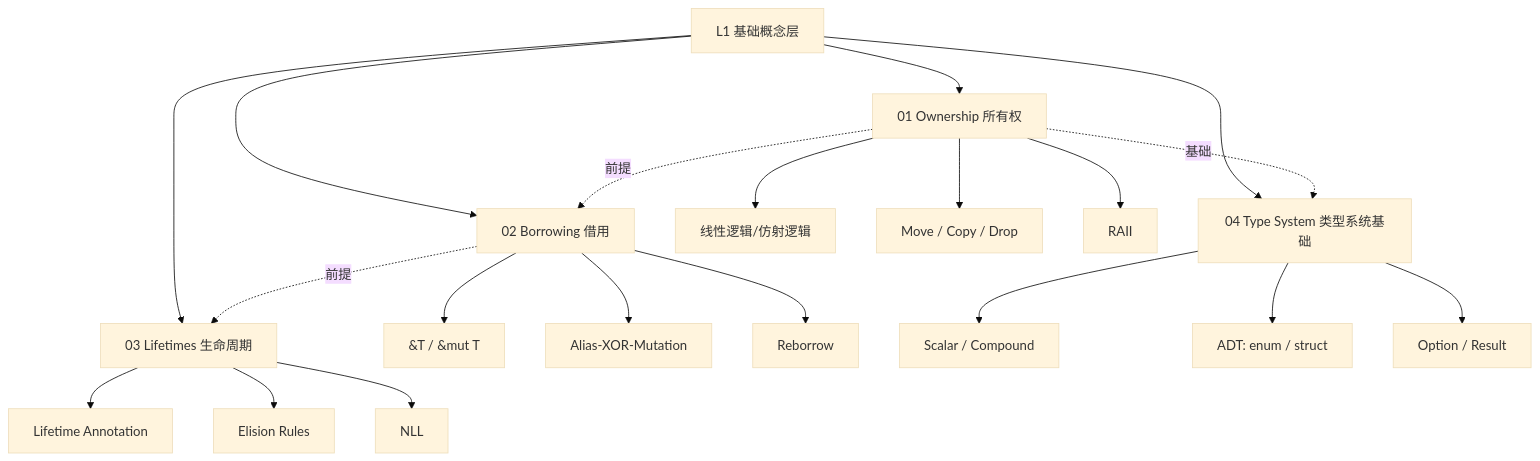
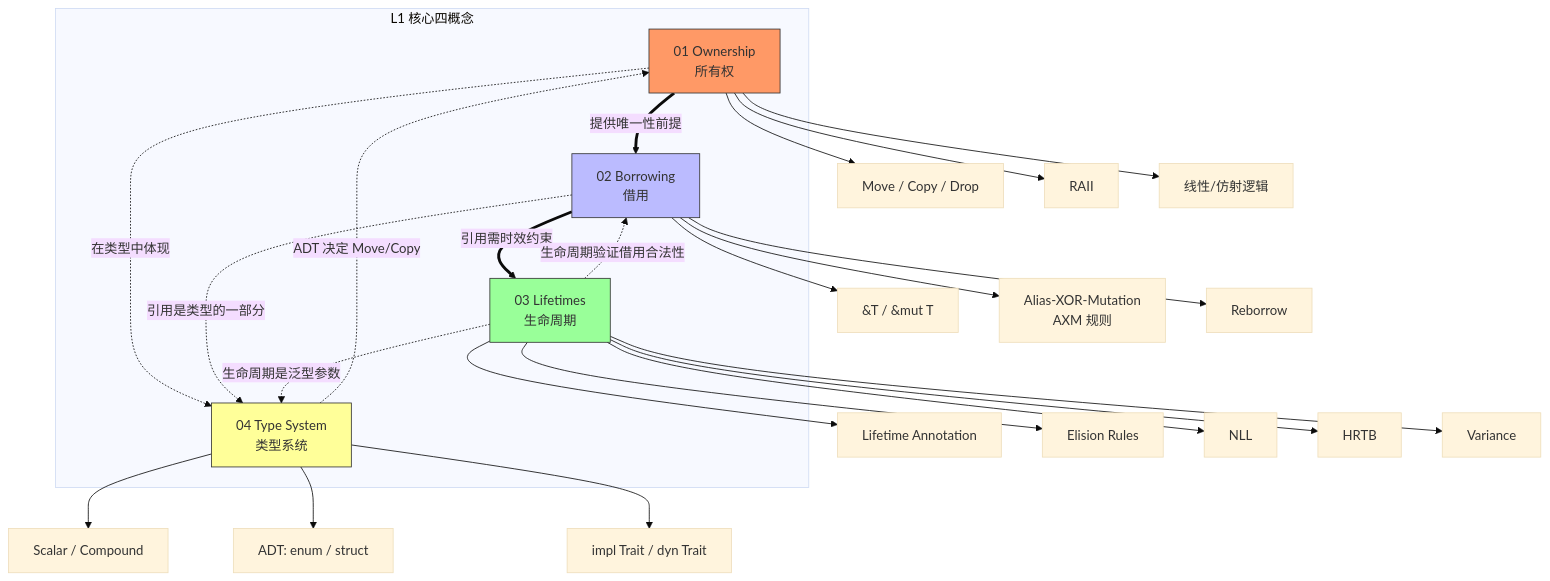
Before and after one commit to martin-ly/rust-lang: the diagram in concept/01_foundation/README.md, drawn with Mermaid (base theme). The commit also changed other lines of this file and 43 other files, not shown here.

````diff
--- a/concept/01_foundation/README.md
+++ b/concept/01_foundation/README.md
@@ -9,27 +11,44 @@
 ```mermaid
-graph TD
-    A[L1 基础概念层] --> B[01 Ownership 所有权]
-    A --> C[02 Borrowing 借用]
-    A --> D[03 Lifetimes 生命周期]
-    A --> E[04 Type System 类型系统基础]
+graph TB
+    subgraph L1_Core["L1 核心四概念"]
+        O[01 Ownership<br/>所有权]
+        B[02 Borrowing<br/>借用]
+        L[03 Lifetimes<br/>生命周期]
+        TS[04 Type System<br/>类型系统]
+    end
 
-    B --> B1[线性逻辑/仿射逻辑]
-    B --> B2[Move / Copy / Drop]
-    B --> B3[RAII]
+    %% 递进关系： Ownership → Borrowing → Lifetimes
+    O ==>|"提供唯一性前提"| B
+    B ==>|"引用需时效约束"| L
+    O -.->|"在类型中体现"| TS
+    B -.->|"引用是类型的一部分"| TS
+    L -.->|"生命周期是泛型参数"| TS
 
-    C --> C1[&T / &mut T]
-    C --> C2[Alias-XOR-Mutation]
-    C --> C3[Reborrow]
+    %% 循环强化
+    TS -.->|"ADT 决定 Move/Copy"| O
+    L -.->|"生命周期验证借用合法性"| B
 
-    D --> D1[Lifetime Annotation]
-    D --> D2[Elision Rules]
-    D --> D3[NLL]
+    %% 内部结构
+    O --> O1[Move / Copy / Drop]
+    O --> O2[RAII]
+    O --> O3[线性/仿射逻辑]
 
-    E --> E1[Scalar / Compound]
-    E --> E2[ADT: enum / struct]
-    E --> E3[Option / Result]
+    B --> B1[&T / &mut T]
+    B --> B2[Alias-XOR-Mutation<br/>AXM 规则]
+    B --> B3[Reborrow]
 
-    B -.->|前提| C
-    C -.->|前提| D
-    B -.->|基础| E
+    L --> L1[Lifetime Annotation]
+    L --> L2[Elision Rules]
+    L --> L3[NLL]
+    L --> L4[HRTB]
+    L --> L5[Variance]
+
+    TS --> TS1[Scalar / Compound]
+    TS --> TS2[ADT: enum / struct]
+    TS --> TS3[impl Trait / dyn Trait]
+
+    style O fill:#f96,stroke:#333
+    style B fill:#bbf,stroke:#333
+    style L fill:#9f9,stroke:#333
+    style TS fill:#ff9,stroke:#333
 ```
````
